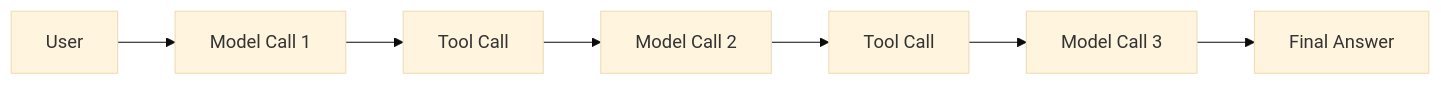
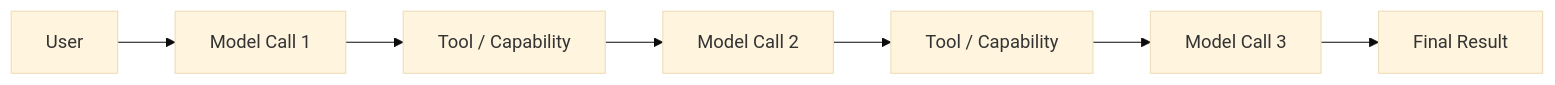
The second of 7 diagrams in docs/foundations/agent-loop.md (indigofeather/harness-book), drawn with Mermaid (base theme) before and after one commit. The commit also changed other lines of this file and 48 other files, not shown here.

````diff
--- a/docs/foundations/agent-loop.md
+++ b/docs/foundations/agent-loop.md
@@ -69,9 +59,9 @@
 ```mermaid
 flowchart LR
   U[User] --> M1[Model Call 1]
-  M1 --> T1[Tool Call]
+  M1 --> T1[Tool / Capability]
   T1 --> M2[Model Call 2]
-  M2 --> T2[Tool Call]
+  M2 --> T2[Tool / Capability]
   T2 --> M3[Model Call 3]
-  M3 --> F[Final Answer]
+  M3 --> F[Final Result]
 ```
````
